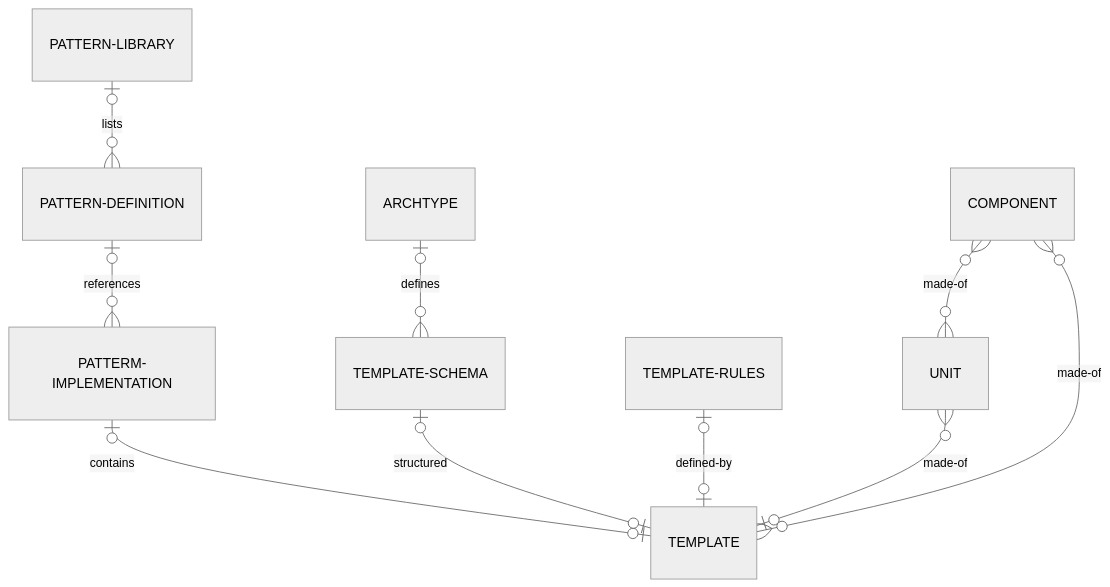
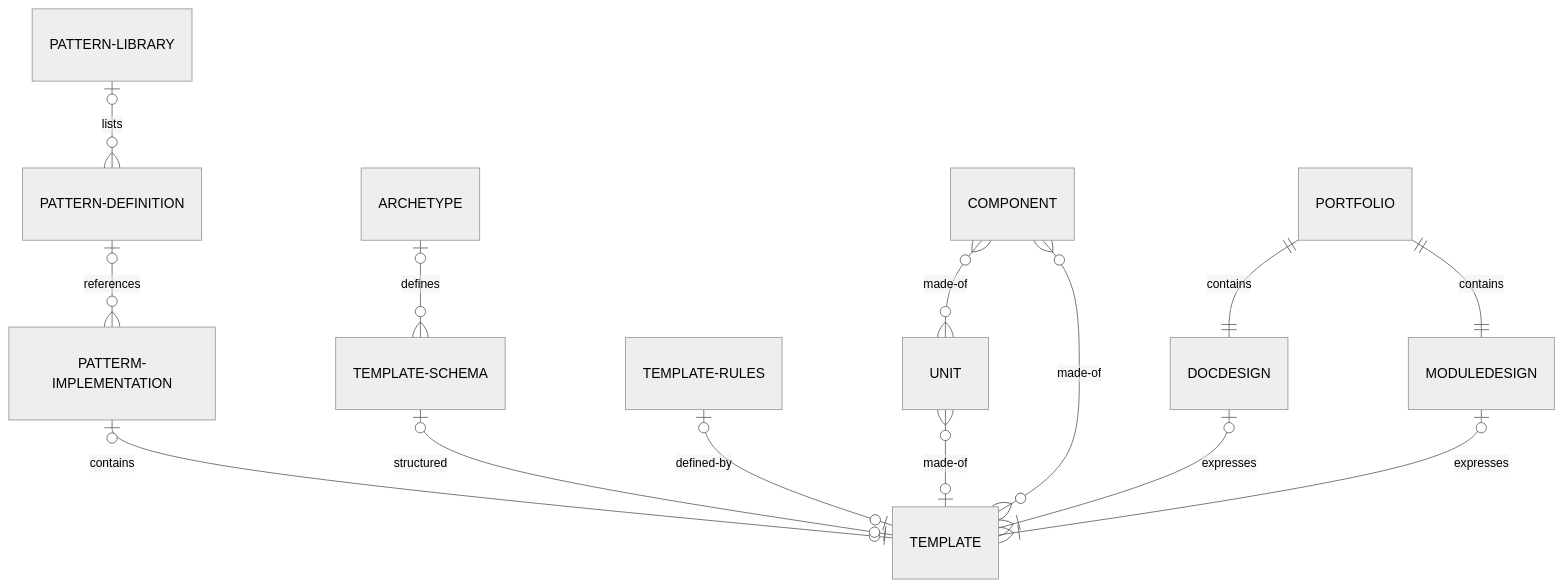
One commit to mattbriggs/tech-doc-generator changed the diagram in diagrams/pattern-system.mmd. Above: the diagram before and after it, drawn with Mermaid (neutral theme). The commit also changed 3 other files, not shown here.

```diff
--- a/diagrams/pattern-system.mmd
+++ b/diagrams/pattern-system.mmd
@@ -1,10 +1,15 @@
 erDiagram
     PATTERN-LIBRARY |o--o{ PATTERN-DEFINITION : lists
     PATTERN-DEFINITION |o--o{ PATTERM-IMPLEMENTATION : references
     PATTERM-IMPLEMENTATION |o--o| TEMPLATE : contains
     TEMPLATE-SCHEMA |o--o| TEMPLATE : structured
     TEMPLATE-RULES |o--o| TEMPLATE :  defined-by
-    ARCHTYPE |o--o{ TEMPLATE-SCHEMA : defines
+    ARCHETYPE |o--o{ TEMPLATE-SCHEMA : defines
     UNIT }o--o| TEMPLATE : made-of
     COMPONENT }o--o{ TEMPLATE : made-of
     COMPONENT }o--o{ UNIT : made-of
+
+    PORTFOLIO ||--|| DOCDESIGN : contains
+    PORTFOLIO  ||--|| MODULEDESIGN : contains
+    DOCDESIGN |o--|{ TEMPLATE : expresses
+    MODULEDESIGN |o--|{ TEMPLATE : expresses
```
